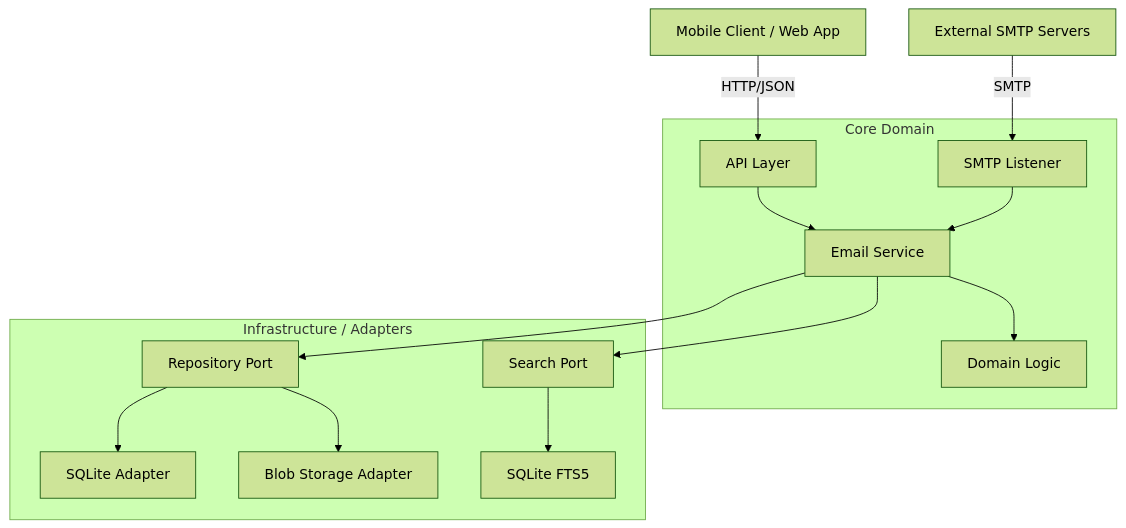
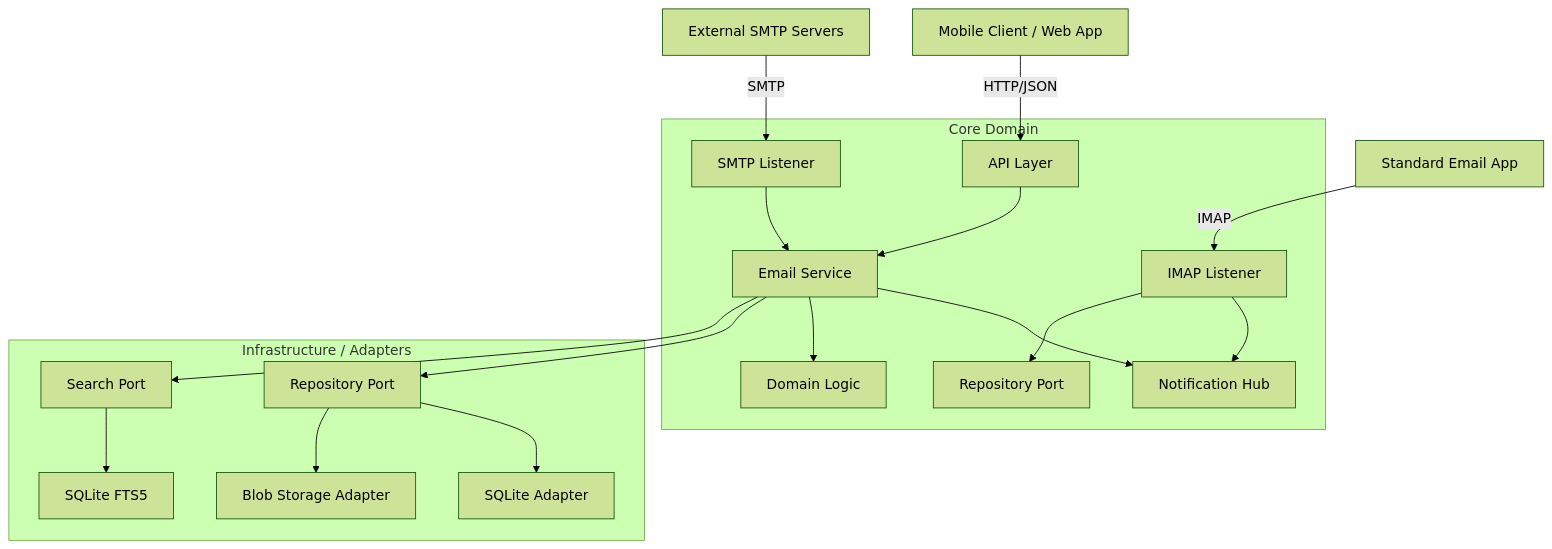
The diagram in docs/ARCHITECTURE.md (Kartikey2011yadav/MailRaven-Server), drawn with Mermaid (forest theme) before and after one commit. The commit also changed other lines of this file and 29 other files, not shown here.

First line of the commit message:
feat: Implement Standard Client Compliance (IMAP IDLE + Autodiscover)

````diff
--- a/docs/ARCHITECTURE.md
+++ b/docs/ARCHITECTURE.md
@@ -9,19 +9,23 @@
 ```mermaid
 graph TD
     Client[Mobile Client / Web App] -->|HTTP/JSON| API[API Layer]
+    IMAP_Client[Standard Email App] -->|IMAP| IMAP[IMAP Listener]
     SMTP_In[External SMTP Servers] -->|SMTP| Listener[SMTP Listener]
     
     subgraph "Core Domain"
         API --> Service[Email Service]
         Listener --> Service
+        IMAP --> Hub[Notification Hub]
+        IMAP --> RepoPort[Repository Port]
+        Service --> Hub
         Service --> Domain[Domain Logic]
     end
     
     subgraph "Infrastructure / Adapters"
         Service --> Repo[Repository Port]
         Repo --> SQLite[SQLite Adapter]
         Repo --> FS[Blob Storage Adapter]
         Service --> FTS[Search Port]
         FTS --> SQLiteFTS[SQLite FTS5]
     end
 ```
````
